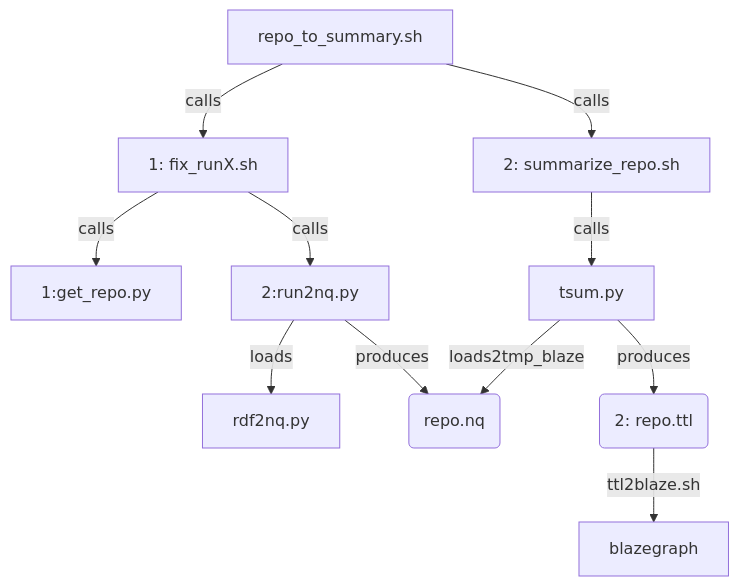
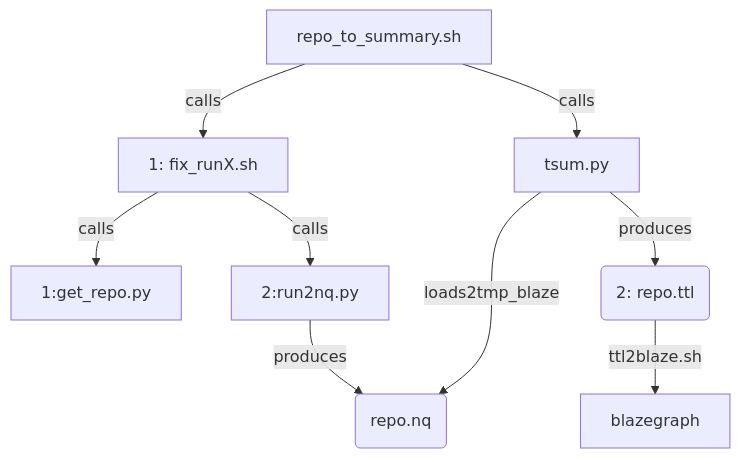
Before and after one commit to earthcube/earthcube_utilities: the diagram in summarize/docs/call.md, drawn with Mermaid.

Commit message:
Update call.md
can get rid of summarize_repo.sh now

````diff
--- a/summarize/docs/call.md
+++ b/summarize/docs/call.md
@@ -5,10 +5,9 @@
 ```mermaid
 flowchart TD;
 R2S[repo_to_summary.sh]  -- calls --> G[1: fix_runX.sh];
 G -- calls --> gr[1:get_repo.py]
-G -- calls --> r2n[2:run2nq.py] -- loads --> rdf2[rdf2nq.py];
+G -- calls --> r2n[2:run2nq.py];
 r2n -- produces --> nq(repo.nq);
-R2S -- calls --> SR[2: summarize_repo.sh];
-SR -- calls --> F2[tsum.py] -- loads2tmp_blaze --> nq;
+R2S -- calls -->  F2[tsum.py] -- loads2tmp_blaze --> nq;
 F2 -- produces --> RT(2: repo.ttl) -- ttl2blaze.sh --> B[blazegraph];
 ```
````
